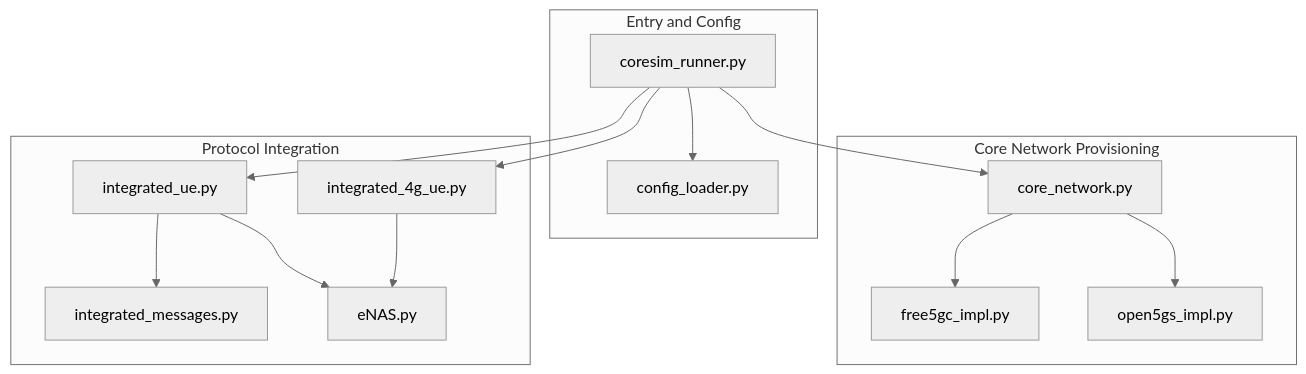
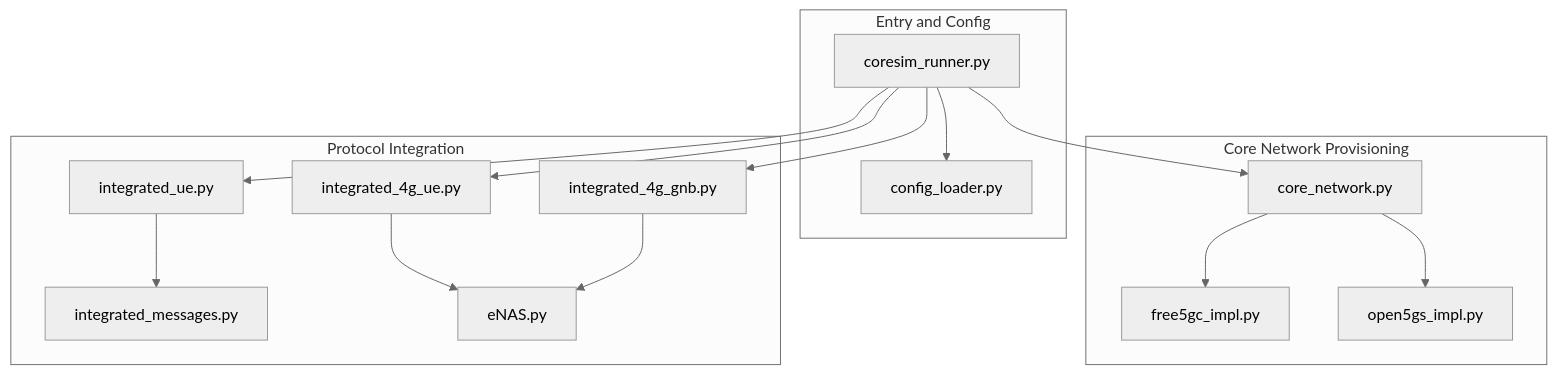
The first of 10 diagrams in .qoder/repowiki/en/content/Project Overview/Features Overview/Technical Capabilities.md (hackeryounow/coresimrunner), drawn with Mermaid (neutral theme) before and after one commit. The commit also changed other lines of this file and 6 other files, not shown here.

````diff
--- a/.qoder/repowiki/en/content/Project Overview/Features Overview/Technical Capabilities.md
+++ b/.qoder/repowiki/en/content/Project Overview/Features Overview/Technical Capabilities.md
@@ -42,27 +55,29 @@
 ```mermaid
 graph TB
 subgraph "Entry and Config"
 CRS["coresim_runner.py"]
 CFG["config_loader.py"]
 end
 subgraph "Core Network Provisioning"
 CN["core_network.py"]
 F5GC["free5gc_impl.py"]
 O5GS["open5gs_impl.py"]
 end
 subgraph "Protocol Integration"
 IM["integrated_messages.py"]
 IU["integrated_ue.py"]
-I4G["integrated_4g_ue.py"]
+I4GUE["integrated_4g_ue.py"]
+I4GGNB["integrated_4g_gnb.py"]
 ENAS["eNAS.py"]
 end
 CRS --> CFG
 CRS --> CN
 CN --> F5GC
 CN --> O5GS
 CRS --> IU
-CRS --> I4G
+CRS --> I4GUE
+CRS --> I4GGNB
 IU --> IM
-I4G --> ENAS
-IU --> ENAS
+I4GUE --> ENAS
+I4GGNB --> ENAS
 ```
````
